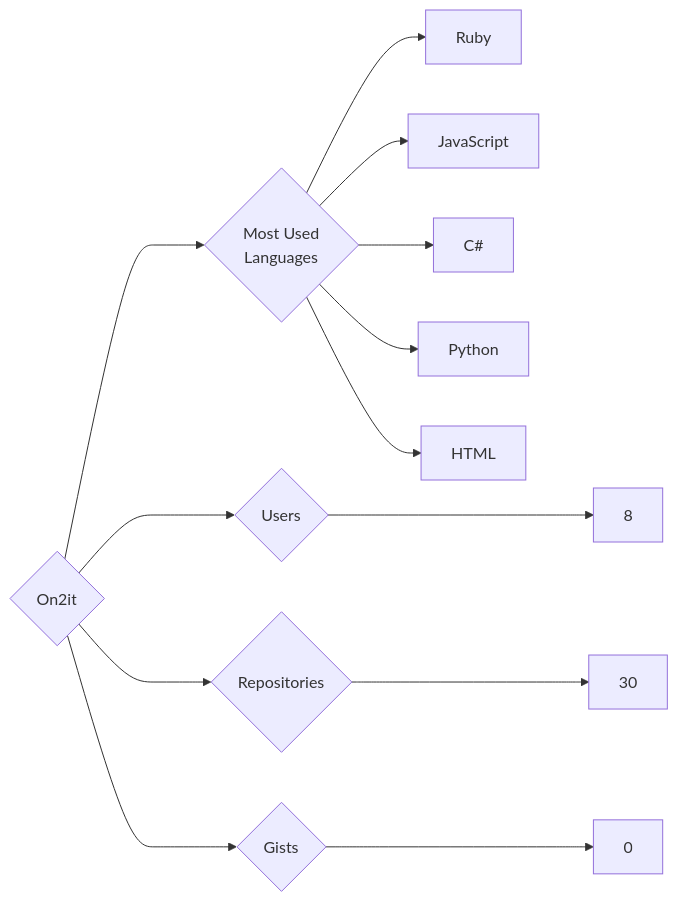
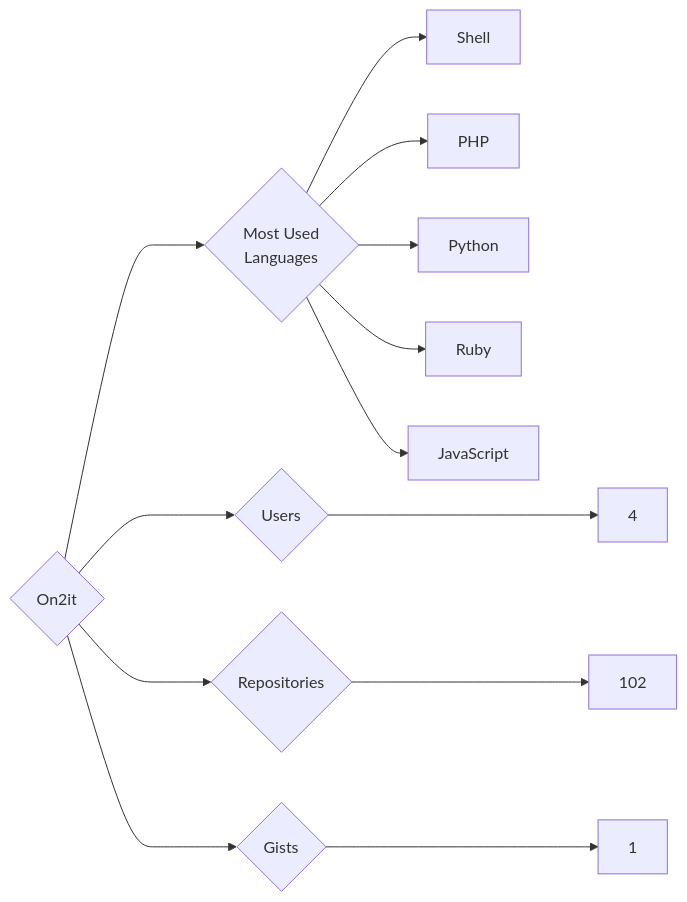
The diagram in targets/On2it/README.md (trickest/insiders), drawn with Mermaid before and after one commit. The commit also changed 829 other files, not shown here.

````diff
--- a/targets/On2it/README.md
+++ b/targets/On2it/README.md
@@ -3,13 +3,13 @@
 ```mermaid
 graph LR
 COMPANY_NAME{On2it}
-COMPANY_NAME ---> U{Users} ---> UN[8]
-COMPANY_NAME ---> R{Repositories} ---> RN[30]
-COMPANY_NAME ---> G{Gists} ---> GN[0]
+COMPANY_NAME ---> U{Users} ---> UN[4]
+COMPANY_NAME ---> R{Repositories} ---> RN[102]
+COMPANY_NAME ---> G{Gists} ---> GN[1]
 COMPANY_NAME ---> ML{Most Used<br>Languages}
+ML --> Shell[Shell]
+ML --> PHP[PHP]
+ML --> Python[Python]
 ML --> Ruby[Ruby]
 ML --> JavaScript[JavaScript]
-ML --> C#[C#]
-ML --> Python[Python]
-ML --> HTML[HTML]
 ```
````
